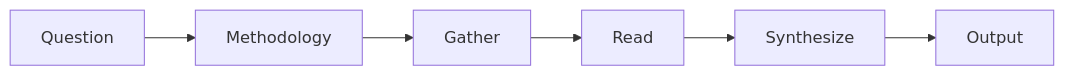
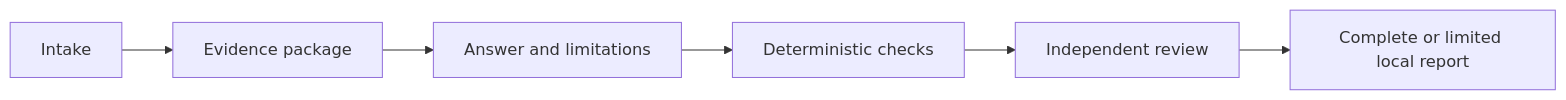
One commit to moira-mcp/moira changed the sixth of 13 diagrams in packages/docs/src/content/docs/docs/reference/workflow-templates.mdx. Above: the diagram before and after it, drawn with Mermaid. The commit also changed other lines of this file and 13 other files, not shown here.

````diff
--- a/packages/docs/src/content/docs/docs/reference/workflow-templates.mdx
+++ b/packages/docs/src/content/docs/docs/reference/workflow-templates.mdx
@@ -185,4 +185,4 @@
 ```mermaid
 flowchart LR
-    A[Question] --> B[Methodology] --> C[Gather] --> D[Read] --> E[Synthesize] --> F[Output]
+    A[Intake] --> B[Evidence package] --> C[Answer and limitations] --> D[Deterministic checks] --> E[Independent review] --> F[Complete or limited local report]
 ```
````
